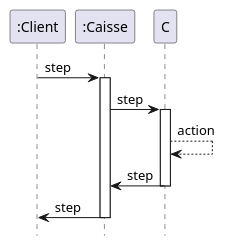
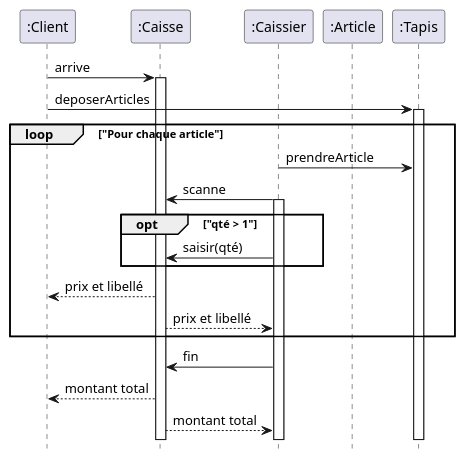
One commit to IUT-Blagnac/bcoo-El-FaroukA changed the diagram in td5.plantuml. Above: the diagram before and after it, drawn with PlantUML.

Commit message:
mise à jour td 5.2

```diff
--- a/td5.plantuml
+++ b/td5.plantuml
@@ -1,22 +1,39 @@
 @startuml
 
 'autonumber
 hide footbox
 
 participant A as ":Client"
 participant B as ":Caisse"
+participant C as ":Caissier"
+participant D as ":Article"
+participant E as ":Tapis"
 
-A -> B: step
 
+A -> B: arrive
 activate B
-B -> C: step
 
-activate C
-C --> C: action
-C -> B: step
-deactivate C
+A -> E : deposerArticles
+activate E
 
-B -> A: step
-deactivate B
+loop "Pour chaque article"
+  C -> E: prendreArticle
+  C -> B: scanne
+  activate C
+
+  opt "qté > 1"
+    C -> B: saisir(qté)
+  end
+
+  B --> A: prix et libellé
+  B --> C: prix et libellé
+end
+
+C -> B:fin
+
+  B --> A: montant total
+  B --> C: montant total  
+  
+
 
 @enduml
```
